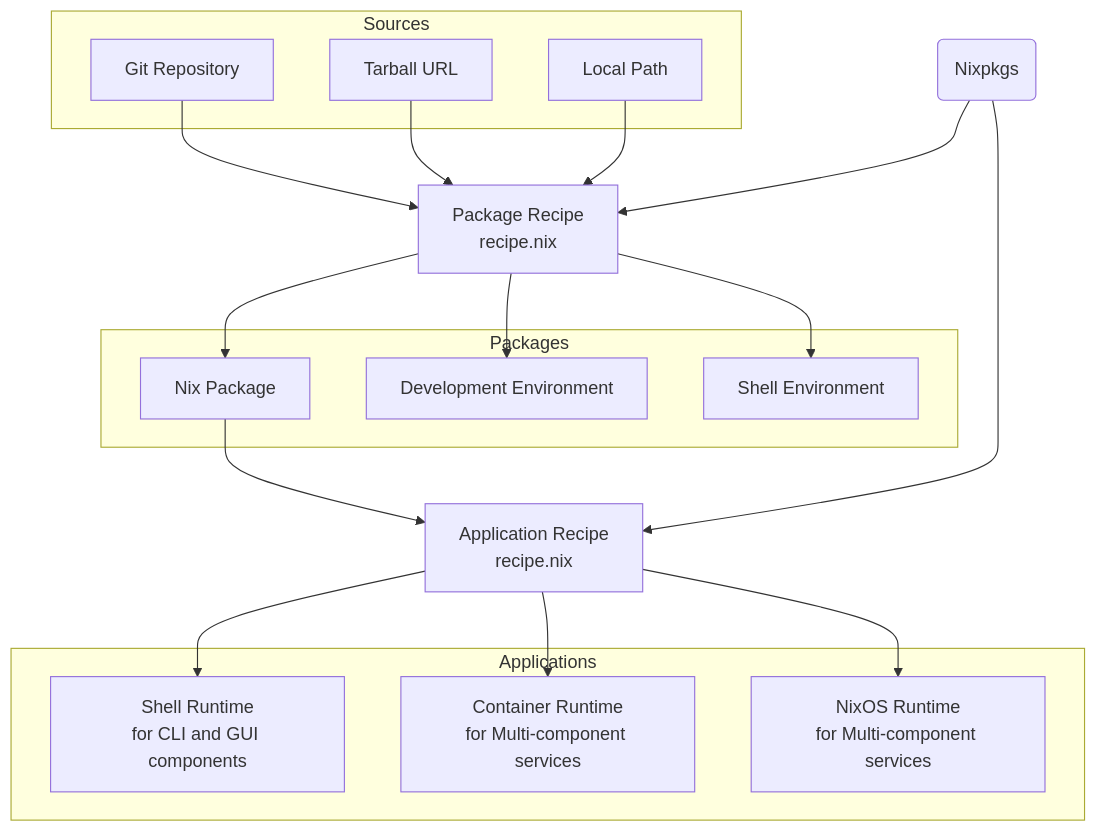
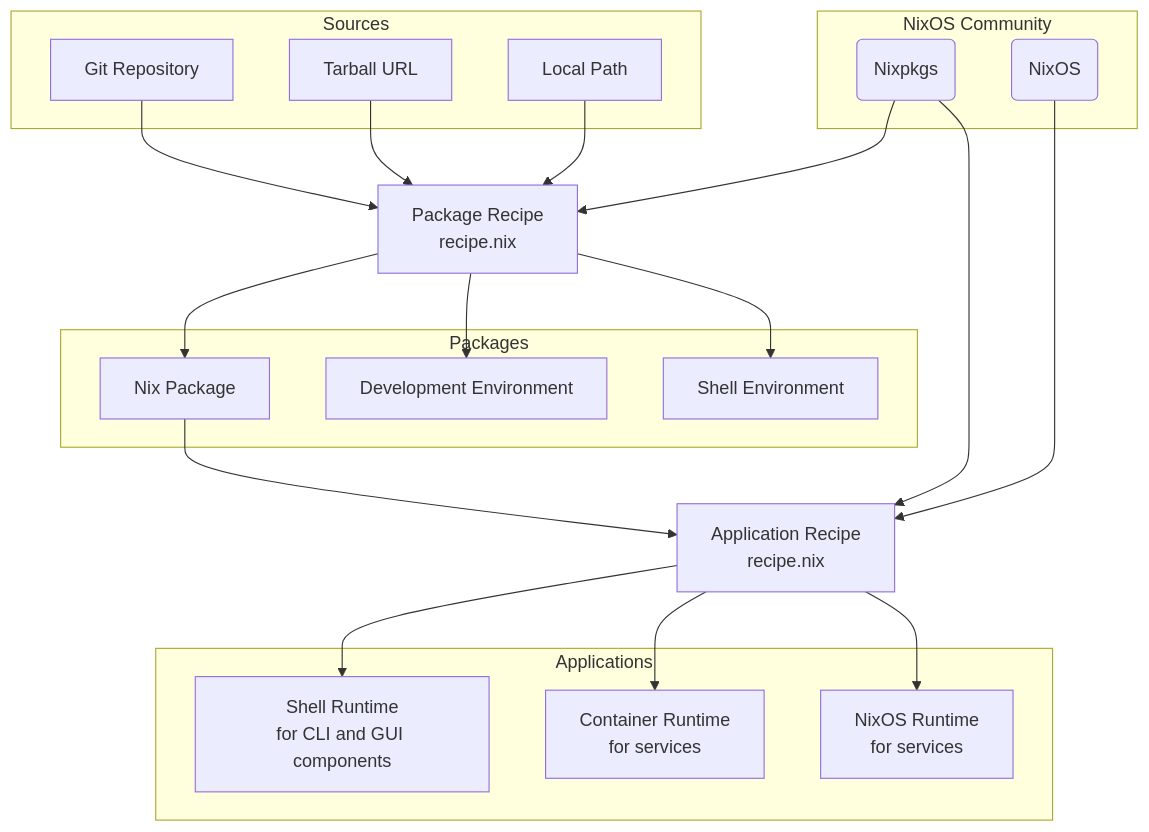
The diagram in README.md (phanirithvij/nix-forge), drawn with Mermaid before and after one commit.

Commit message:
docs: README update

````diff
--- a/README.md
+++ b/README.md
@@ -19,34 +19,37 @@
 ```mermaid
 graph TB
-    NIXPKGS(Nixpkgs)
+    subgraph NixosCommunity["NixOS Community"]
+      NIXPKGS(Nixpkgs)
+      NIXOS(NixOS)
+    end
 
     subgraph Sources["Sources"]
         SW1[Git Repository]
         SW2[Tarball URL]
         SW3[Local Path]
     end
 
     PKG[Package Recipe<br/>recipe.nix]
 
     subgraph PackageOutputs["Packages"]
         PO4[Nix Package]
         PO1[Development Environment]
         PO2[Shell Environment]
     end
 
     APP[Application Recipe<br/>recipe.nix]
 
     subgraph AppOutputs["Applications"]
         AO1[Shell Runtime<br/>for CLI and GUI components]
-        AO2[Container Runtime<br/>for Multi-component services]
-        AO3[NixOS Runtime<br/>for Multi-component services]
+        AO2[Container Runtime<br/>for services]
+        AO3[NixOS Runtime<br/>for services]
     end
 
     SW1 & SW2 & SW3 & NIXPKGS--> PKG
     PKG --> PO1 & PO2 & PO4
 
-    PO4 & NIXPKGS --> APP
+    PO4 & NIXPKGS & NIXOS --> APP
     APP --> AO1
     APP --> AO2
     APP --> AO3
 ```
````
